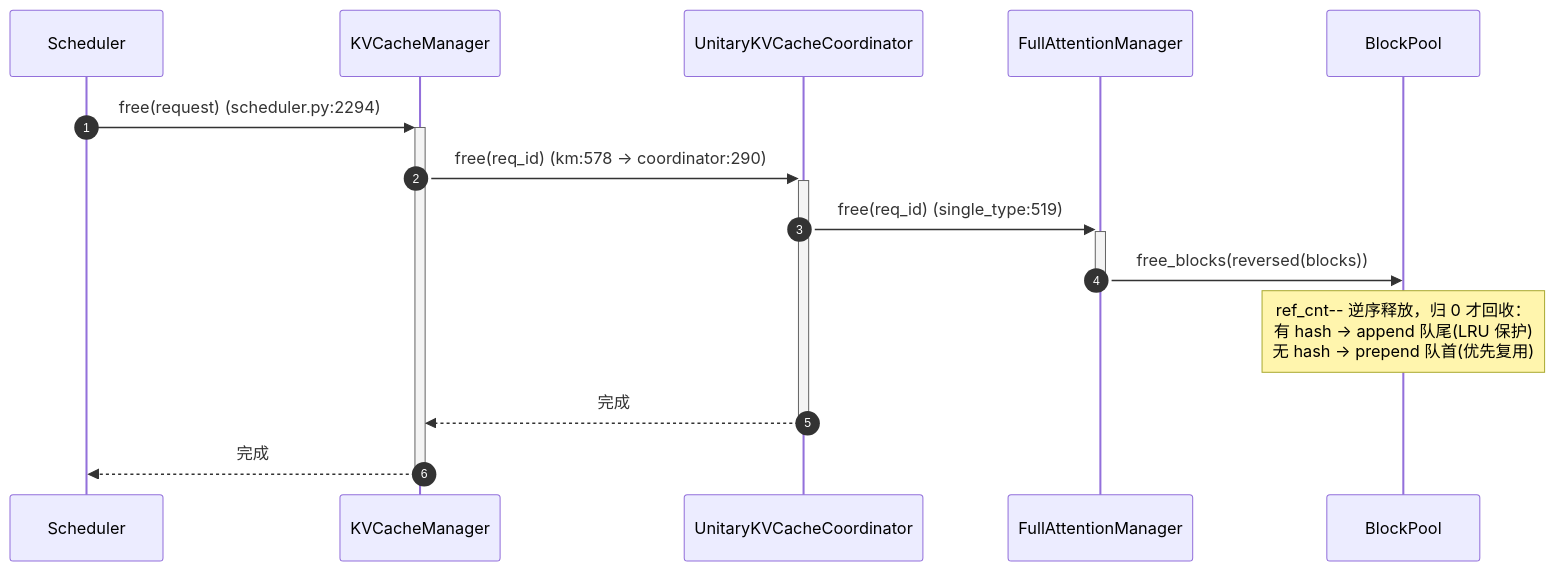
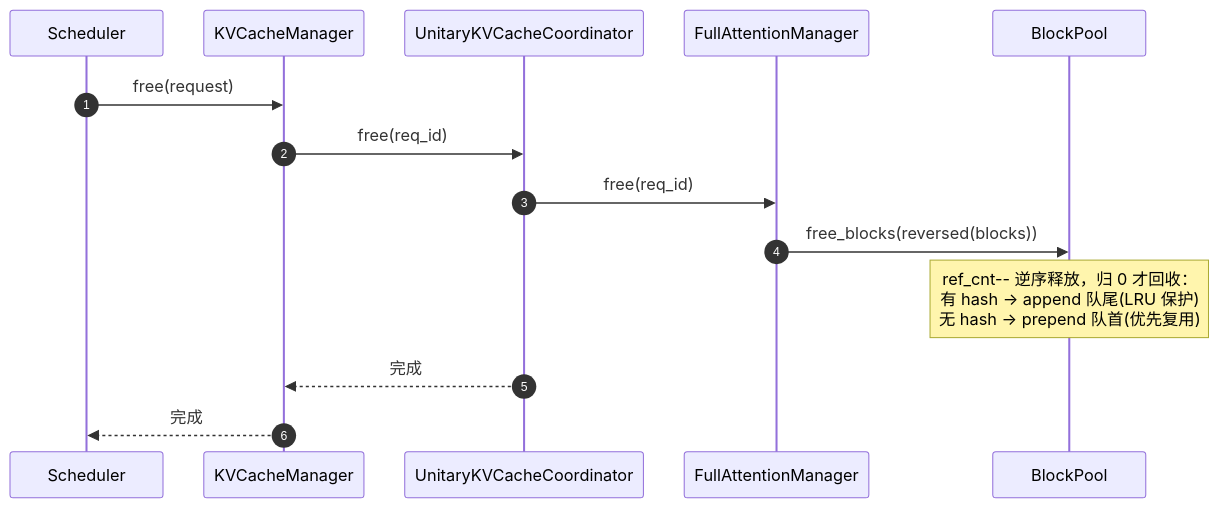
The seventh of 8 diagrams in vllm/v1/core/kvcache_docs/0_end_to_end_sequence.md (GoCHug/vllm), drawn with Mermaid before and after one commit. The commit also changed other lines of this file and 6 other files, not shown here.

````diff
--- a/vllm/v1/core/kvcache_docs/0_end_to_end_sequence.md
+++ b/vllm/v1/core/kvcache_docs/0_end_to_end_sequence.md
@@ -295,16 +310,17 @@
 ```mermaid
+%%{init: {"themeVariables": {"actorFontSize": "11px", "messageFontSize": "11px", "noteFontSize": "11px"}, "sequence": {"actorMargin": 40, "messageMargin": 16, "noteMargin": 8, "boxMargin": 8, "boxTextMargin": 4, "messageAlign": "center", "mirrorActors": true, "height": 45}}}%%
 sequenceDiagram
     autonumber
-    participant S as Scheduler
-    participant KM as KVCacheManager
-    participant CO as UnitaryKVCacheCoordinator
-    participant FM as FullAttentionManager
-    participant BP as BlockPool
-    S->>+KM: free(request)   (scheduler.py:2294)
-    KM->>+CO: free(req_id)   (km:578 → coordinator:290)
-    CO->>+FM: free(req_id)   (single_type:519)
-    FM->>-BP: free_blocks(reversed(blocks))
-    Note over BP: ref_cnt-- 逆序释放，归 0 才回收：<br/>有 hash → append 队尾(LRU 保护)<br/>无 hash → prepend 队首(优先复用)
-    CO-->>-KM: 完成
-    KM-->>-S: 完成
+    participant Scheduler
+    participant KVCacheManager
+    participant UnitaryKVCacheCoordinator
+    participant FullAttentionManager
+    participant BlockPool
+    Scheduler->>KVCacheManager: free(request)
+    KVCacheManager->>UnitaryKVCacheCoordinator: free(req_id)
+    UnitaryKVCacheCoordinator->>FullAttentionManager: free(req_id)
+    FullAttentionManager->>BlockPool: free_blocks(reversed(blocks))
+    Note over BlockPool: ref_cnt-- 逆序释放，归 0 才回收：<br/>有 hash → append 队尾(LRU 保护)<br/>无 hash → prepend 队首(优先复用)
+    UnitaryKVCacheCoordinator-->>KVCacheManager: 完成
+    KVCacheManager-->>Scheduler: 完成
 ```
````
